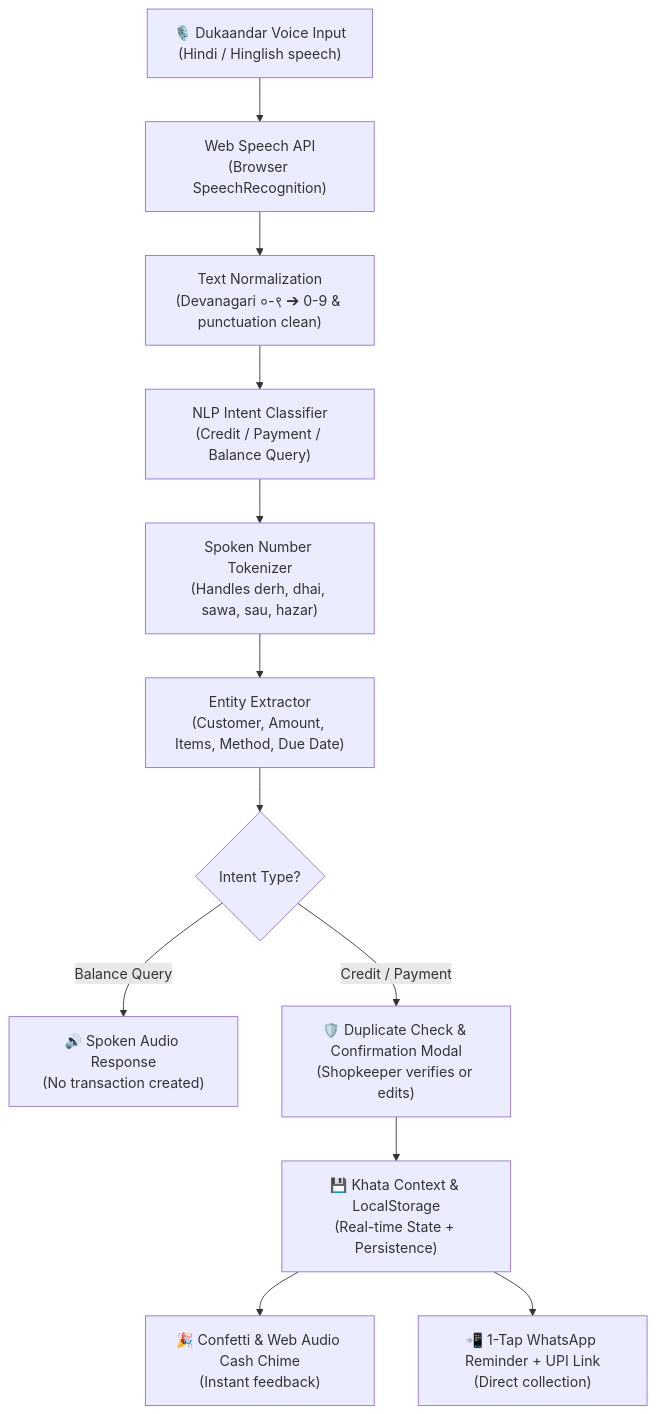
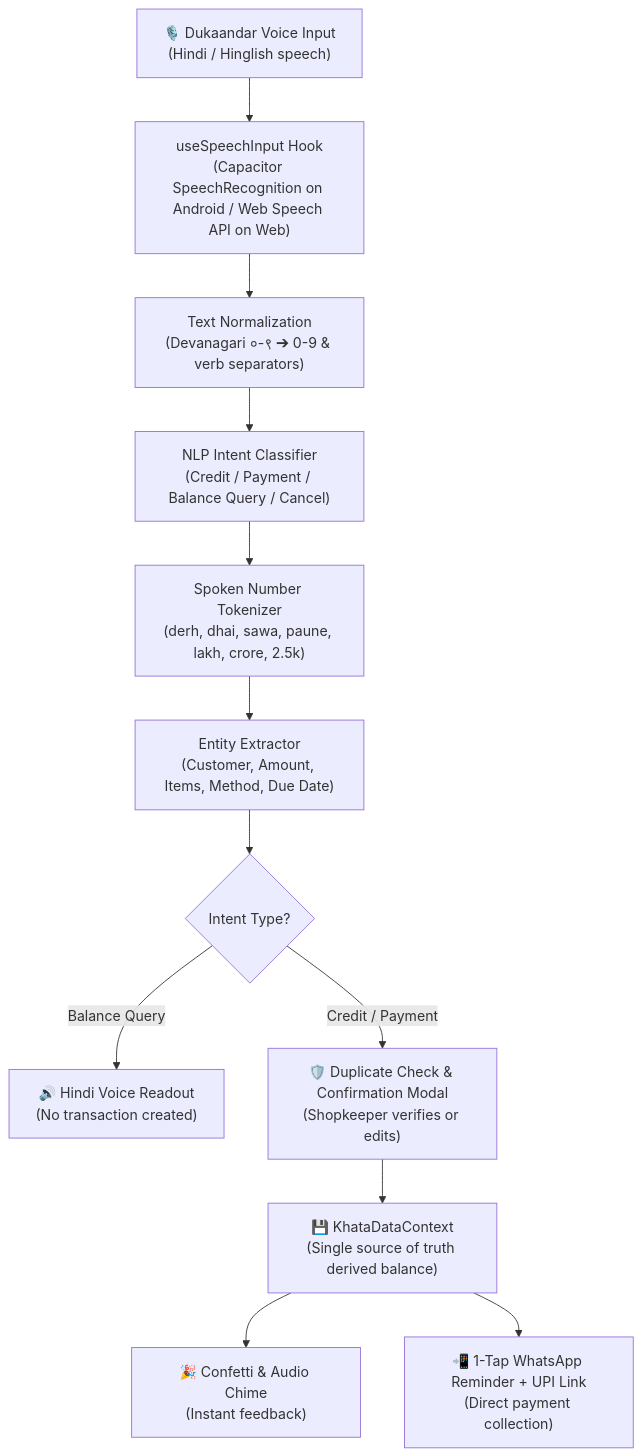
One commit to fazalmd755/BolKhata changed the diagram in README.md. Above: the diagram before and after it, drawn with Mermaid. The commit also changed other lines of this file and 26 other files, not shown here.

````diff
--- a/README.md
+++ b/README.md
@@ -50,14 +38,14 @@
 ```mermaid
 flowchart TD
-    A["🎙️ Dukaandar Voice Input\n(Hindi / Hinglish speech)"] --> B["Web Speech API\n(Browser SpeechRecognition)"]
-    B --> C["Text Normalization\n(Devanagari ०-९ ➔ 0-9 & punctuation clean)"]
-    C --> D["NLP Intent Classifier\n(Credit / Payment / Balance Query)"]
-    D --> E["Spoken Number Tokenizer\n(Handles derh, dhai, sawa, sau, hazar)"]
+    A["🎙️ Dukaandar Voice Input\n(Hindi / Hinglish speech)"] --> B["useSpeechInput Hook\n(Capacitor SpeechRecognition on Android / Web Speech API on Web)"]
+    B --> C["Text Normalization\n(Devanagari ०-९ ➔ 0-9 & verb separators)"]
+    C --> D["NLP Intent Classifier\n(Credit / Payment / Balance Query / Cancel)"]
+    D --> E["Spoken Number Tokenizer\n(derh, dhai, sawa, paune, lakh, crore, 2.5k)"]
     E --> F["Entity Extractor\n(Customer, Amount, Items, Method, Due Date)"]
     F --> G{"Intent Type?"}
-    G -- "Balance Query" --> H["🔊 Spoken Audio Response\n(No transaction created)"]
+    G -- "Balance Query" --> H["🔊 Hindi Voice Readout\n(No transaction created)"]
     G -- "Credit / Payment" --> I["🛡️ Duplicate Check & Confirmation Modal\n(Shopkeeper verifies or edits)"]
-    I --> J["💾 Khata Context & LocalStorage\n(Real-time State + Persistence)"]
-    J --> K["🎉 Confetti & Web Audio Cash Chime\n(Instant feedback)"]
-    J --> L["📲 1-Tap WhatsApp Reminder + UPI Link\n(Direct collection)"]
+    I --> J["💾 KhataDataContext\n(Single source of truth derived balance)"]
+    J --> K["🎉 Confetti & Audio Chime\n(Instant feedback)"]
+    J --> L["📲 1-Tap WhatsApp Reminder + UPI Link\n(Direct payment collection)"]
 ```
````
